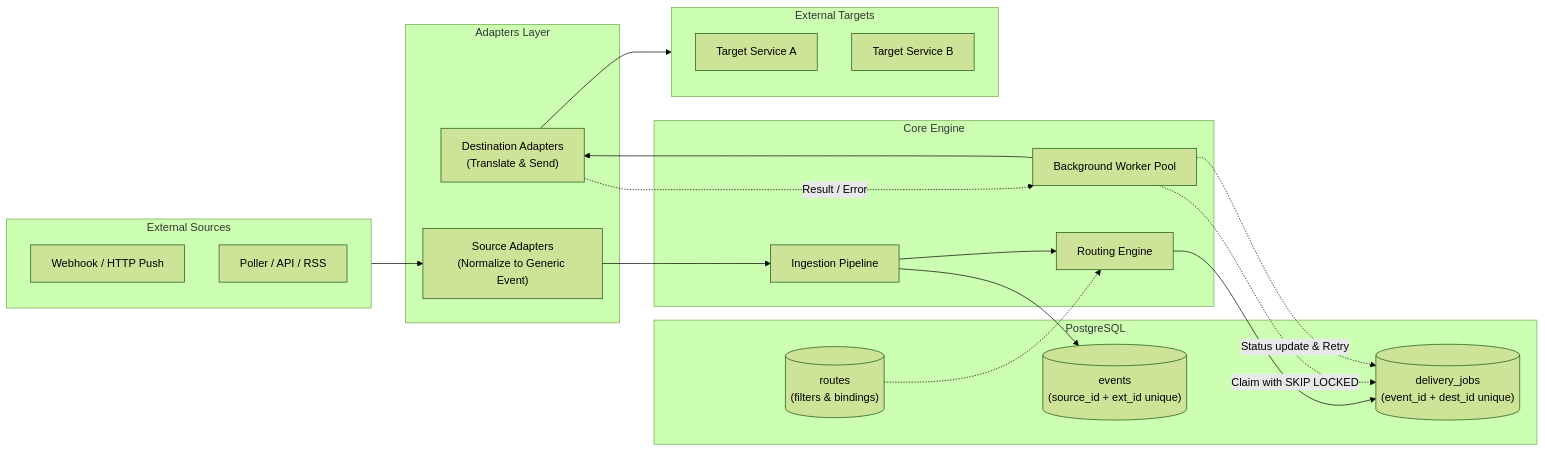
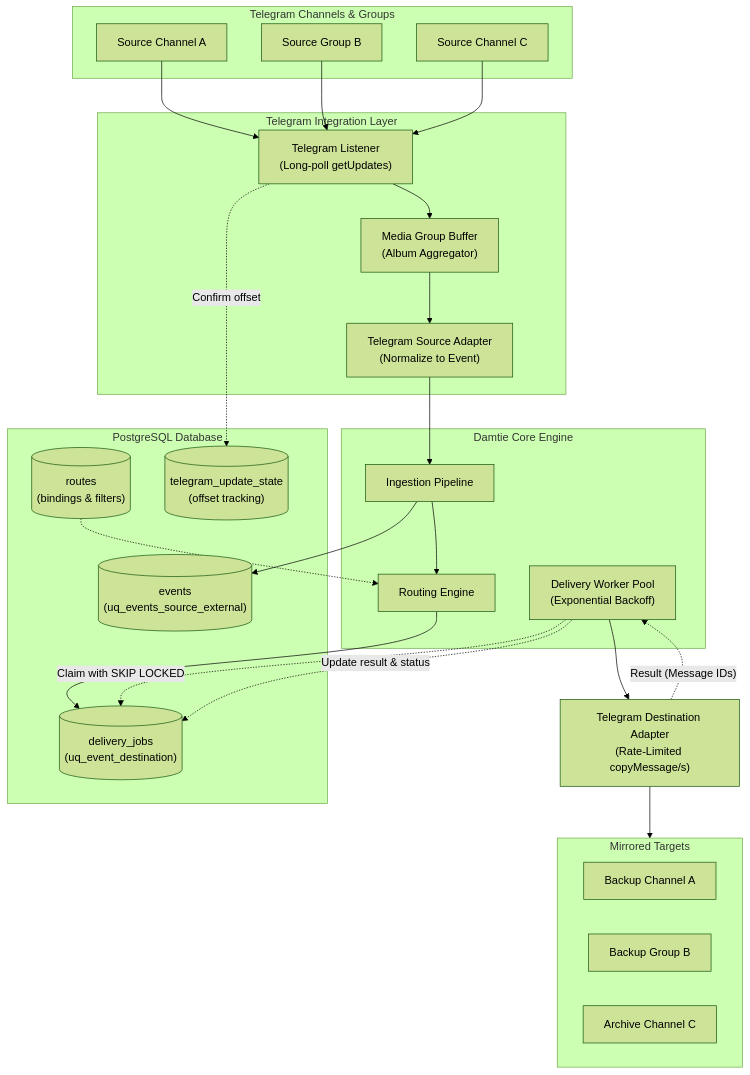
The diagram in README.md (Samuel-0228/edab), drawn with Mermaid (forest theme) before and after one commit. The commit also changed other lines of this file, not shown here.

````diff
--- a/README.md
+++ b/README.md
@@ -34,41 +89,46 @@
 ```mermaid
-flowchart LR
-    subgraph ExternalSources["External Sources"]
-        WebhookSrc["Webhook / HTTP Push"]
-        PollSrc["Poller / API / RSS"]
+flowchart TD
+    subgraph TelegramSources["Telegram Channels & Groups"]
+        ChA["Source Channel A"]
+        ChB["Source Group B"]
+        ChC["Source Channel C"]
     end
 
-    subgraph Adapters["Adapters Layer"]
-        SA["Source Adapters\n(Normalize to Generic Event)"]
-        DA["Destination Adapters\n(Translate & Send)"]
+    subgraph DamtieIntegration["Telegram Integration Layer"]
+        Listener["Telegram Listener\n(Long-poll getUpdates)"]
+        Buffer["Media Group Buffer\n(Album Aggregator)"]
+        SrcAdp["Telegram Source Adapter\n(Normalize to Event)"]
     end
 
-    subgraph CoreEngine["Core Engine"]
-        Ingest["Ingestion Pipeline"]
-        RouteEngine["Routing Engine"]
-        Worker["Background Worker Pool"]
+    subgraph CoreEngine["Damtie Core Engine"]
+        Pipe["Ingestion Pipeline"]
+        Router["Routing Engine"]
+        Workers["Delivery Worker Pool\n(Exponential Backoff)"]
     end
 
-    subgraph Storage["PostgreSQL"]
-        DBEvents[("events\n(source_id + ext_id unique)")]
-        DBRoutes[("routes\n(filters & bindings)")]
-        DBJobs[("delivery_jobs\n(event_id + dest_id unique)")]
+    subgraph Storage["PostgreSQL Database"]
+        Events[("events\n(uq_events_source_external)")]
+        Routes[("routes\n(bindings & filters)")]
+        Jobs[("delivery_jobs\n(uq_event_destination)")]
+        State[("telegram_update_state\n(offset tracking)")]
     end
 
-    subgraph Targets["External Targets"]
-        TgtA["Target Service A"]
-        TgtB["Target Service B"]
+    subgraph Targets["Mirrored Targets"]
+        Dest1["Backup Channel A"]
+        Dest2["Backup Group B"]
+        Dest3["Archive Channel C"]
     end
 
-    ExternalSources --> SA
-    SA --> Ingest
-    Ingest --> DBEvents
-    Ingest --> RouteEngine
-    DBRoutes -.-> RouteEngine
-    RouteEngine --> DBJobs
-    Worker -. Claim with SKIP LOCKED .-> DBJobs
-    Worker --> DA
-    DA --> Targets
-    DA -. Result / Error .-> Worker
-    Worker -. Status update & Retry .-> DBJobs
+    ChA & ChB & ChC --> Listener
+    Listener --> Buffer --> SrcAdp --> Pipe
+    Pipe --> Events
+    Pipe --> Router
+    Routes -.-> Router
+    Router --> Jobs
+    Workers -. Claim with SKIP LOCKED .-> Jobs
+    Workers --> DestAdp["Telegram Destination Adapter\n(Rate-Limited copyMessage/s)"]
+    DestAdp --> Targets
+    DestAdp -. Result (Message IDs) .-> Workers
+    Workers -. Update result & status .-> Jobs
+    Listener -. Confirm offset .-> State
 ```
````
